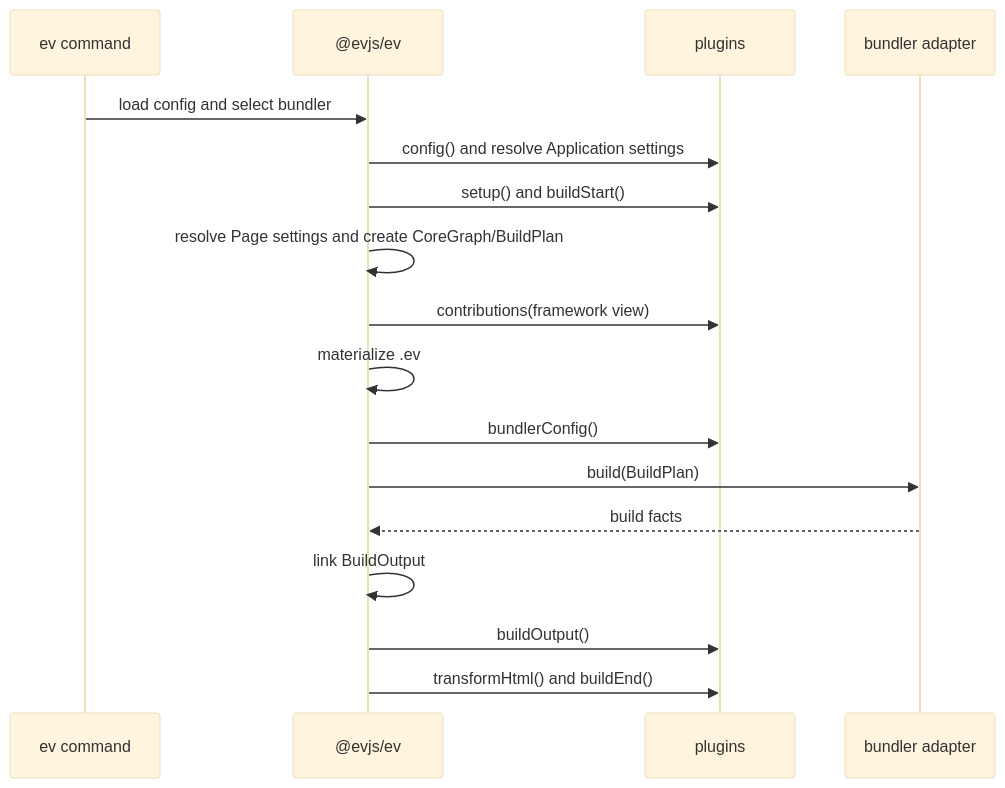
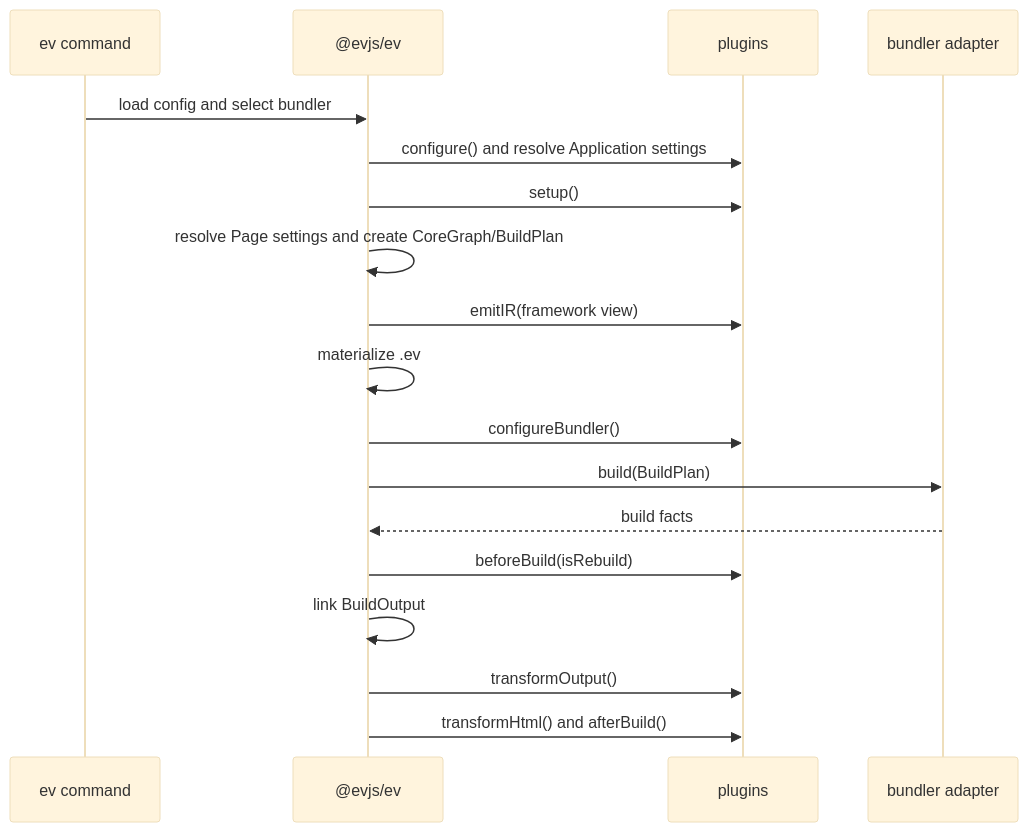
Before and after one commit to afx-team/evjs: the second of 2 diagrams in docs/docs/architecture.md, drawn with Mermaid (base theme). The commit also changed other lines of this file and 117 other files, not shown here.

````diff
--- a/docs/docs/architecture.md
+++ b/docs/docs/architecture.md
@@ -97,20 +98,21 @@
 ```mermaid
 sequenceDiagram
   participant CLI as ev command
   participant Core as @evjs/ev
   participant Plugin as plugins
   participant Bundler as bundler adapter
 
   CLI->>Core: load config and select bundler
-  Core->>Plugin: config() and resolve Application settings
-  Core->>Plugin: setup() and buildStart()
+  Core->>Plugin: configure() and resolve Application settings
+  Core->>Plugin: setup()
   Core->>Core: resolve Page settings and create CoreGraph/BuildPlan
-  Core->>Plugin: contributions(framework view)
+  Core->>Plugin: emitIR(framework view)
   Core->>Core: materialize .ev
-  Core->>Plugin: bundlerConfig()
+  Core->>Plugin: configureBundler()
   Core->>Bundler: build(BuildPlan)
   Bundler-->>Core: build facts
+  Core->>Plugin: beforeBuild(isRebuild)
   Core->>Core: link BuildOutput
-  Core->>Plugin: buildOutput()
-  Core->>Plugin: transformHtml() and buildEnd()
+  Core->>Plugin: transformOutput()
+  Core->>Plugin: transformHtml() and afterBuild()
 ```
````
